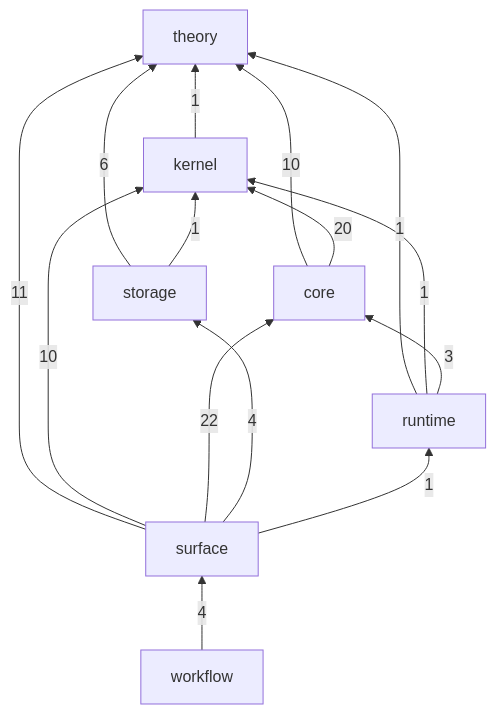
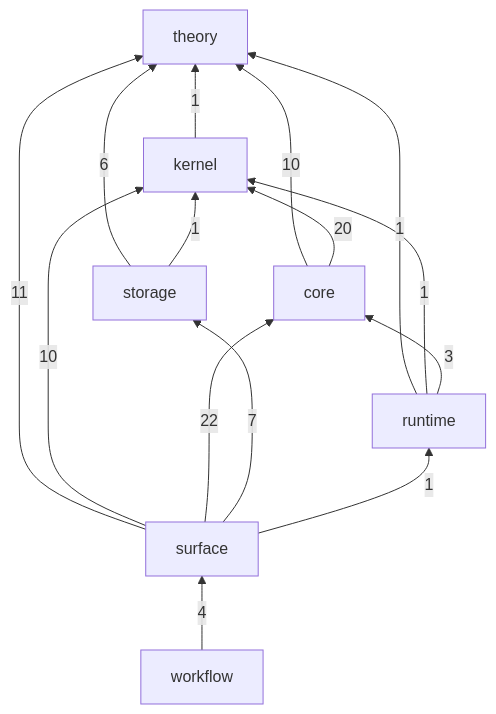
The first of 2 diagrams in crates/README.md (gandr-lang/gandr), drawn with Mermaid before and after one commit. The commit also changed other lines of this file and 25 other files, not shown here.

````diff
--- a/crates/README.md
+++ b/crates/README.md
@@ -32,24 +30,24 @@
 ```mermaid
 flowchart BT
   theory
   kernel
   core
   storage
   runtime
   surface
   workflow
   kernel -->|1| theory
   core -->|10| theory
   core -->|20| kernel
   storage -->|6| theory
   storage -->|1| kernel
   runtime -->|1| theory
   runtime -->|1| kernel
   runtime -->|3| core
   surface -->|11| theory
   surface -->|10| kernel
   surface -->|22| core
-  surface -->|4| storage
+  surface -->|7| storage
   surface -->|1| runtime
   workflow -->|4| surface
 ```
````
